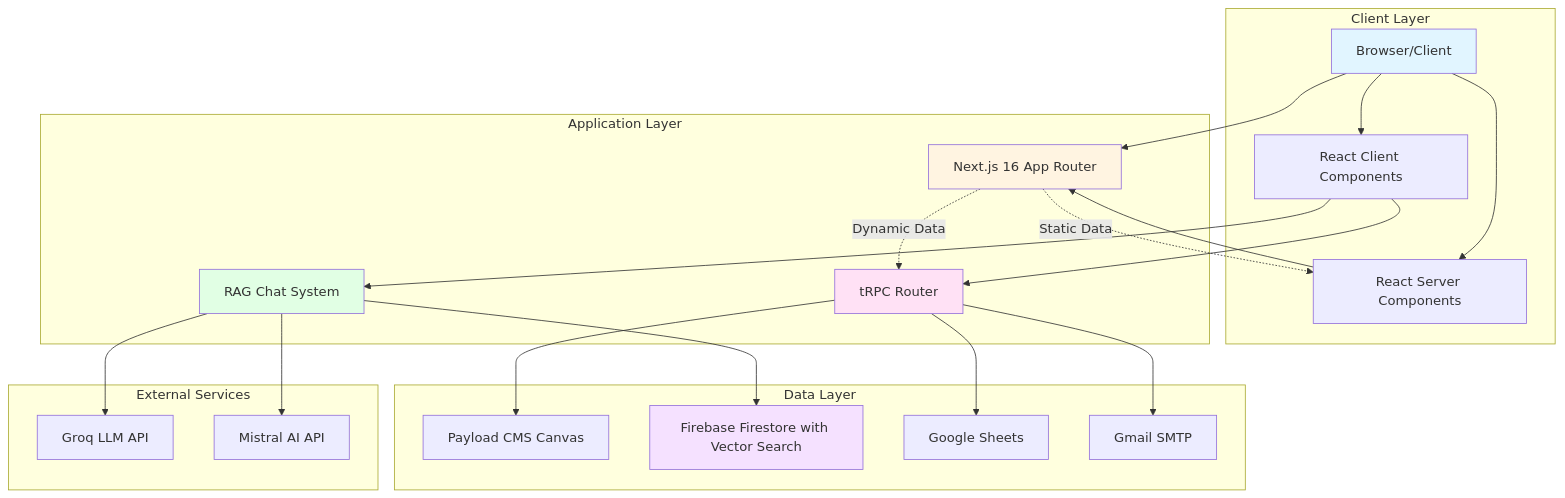
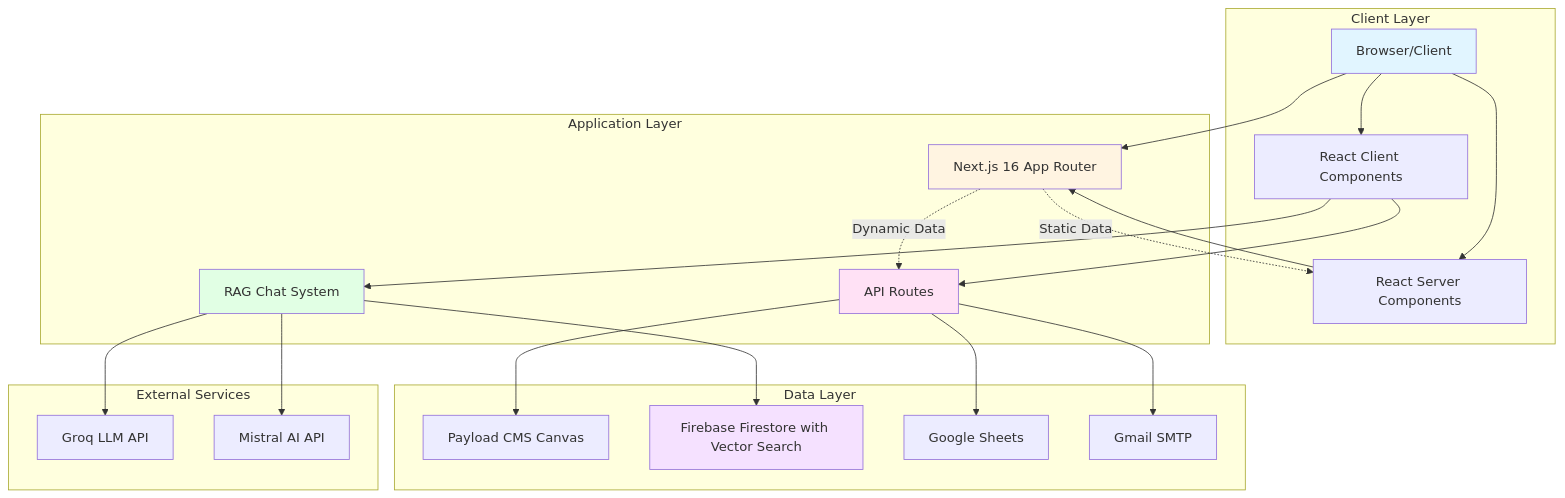
The first of 11 diagrams in web/docs/ARCHITECTURE.md (ossaidqadri/otherdev.web-02), drawn with Mermaid before and after one commit. The commit also changed other lines of this file and 2 other files, not shown here.

First line of the commit message:
docs: remove tRPC references, migrate to Next.js API Routes

````diff
--- a/web/docs/ARCHITECTURE.md
+++ b/web/docs/ARCHITECTURE.md
@@ -34,51 +34,51 @@
 ```mermaid
 graph TB
     subgraph "Client Layer"
         Browser[Browser/Client]
         RSC[React Server Components]
         RCC[React Client Components]
     end
 
     subgraph "Application Layer"
         NextJS[Next.js 16 App Router]
-        tRPC[tRPC Router]
+        APIRoutes[API Routes]
         RAG[RAG Chat System]
     end
 
     subgraph "Data Layer"
         Payload[Payload CMS Canvas]
         Firebase[Firebase Firestore with Vector Search]
         Sheets[Google Sheets]
         Gmail[Gmail SMTP]
     end
 
     subgraph "External Services"
         Groq[Groq LLM API]
         Mistral[Mistral AI API]
     end
 
     Browser --> NextJS
     Browser --> RSC
     Browser --> RCC
 
     RSC --> NextJS
-    RCC --> tRPC
+    RCC --> APIRoutes
     RCC --> RAG
 
-    tRPC --> Payload
-    tRPC --> Sheets
-    tRPC --> Gmail
+    APIRoutes --> Payload
+    APIRoutes --> Sheets
+    APIRoutes --> Gmail
 
     RAG --> Groq
     RAG --> Mistral
     RAG --> Firebase
 
-    NextJS -.Dynamic Data.-> tRPC
+    NextJS -.Dynamic Data.-> APIRoutes
     NextJS -.Static Data.-> RSC
 
     style Browser fill:#e1f5ff
     style NextJS fill:#fff4e1
-    style tRPC fill:#ffe1f5
+    style APIRoutes fill:#ffe1f5
     style RAG fill:#e1ffe4
     style Firebase fill:#f5e1ff
 ```
````
